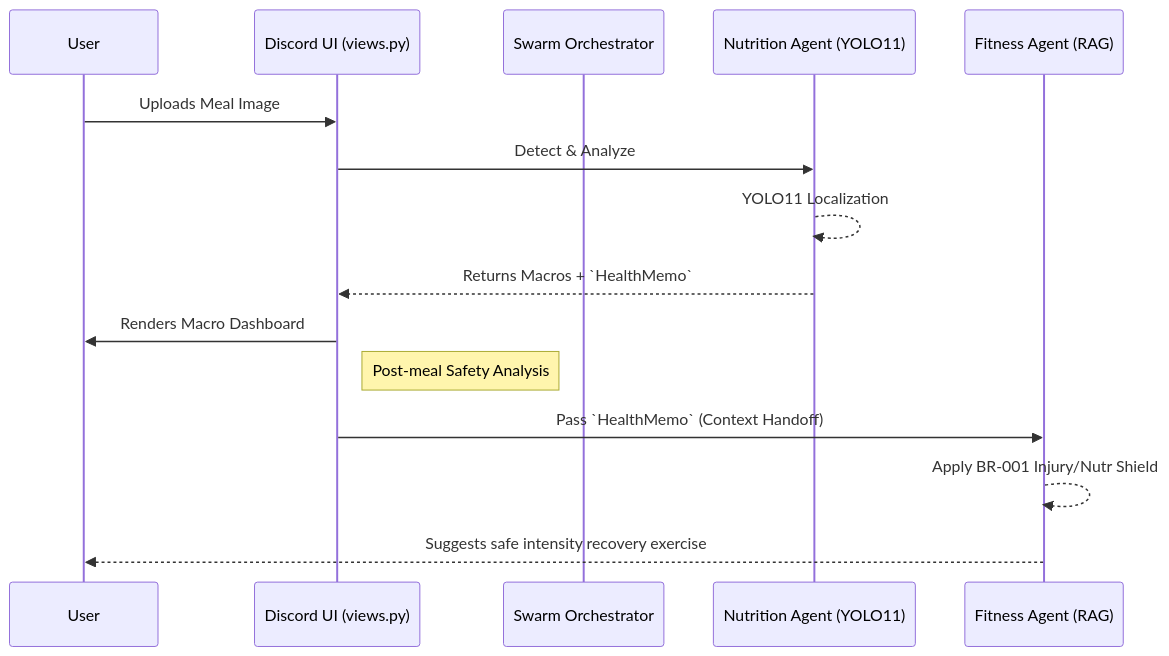
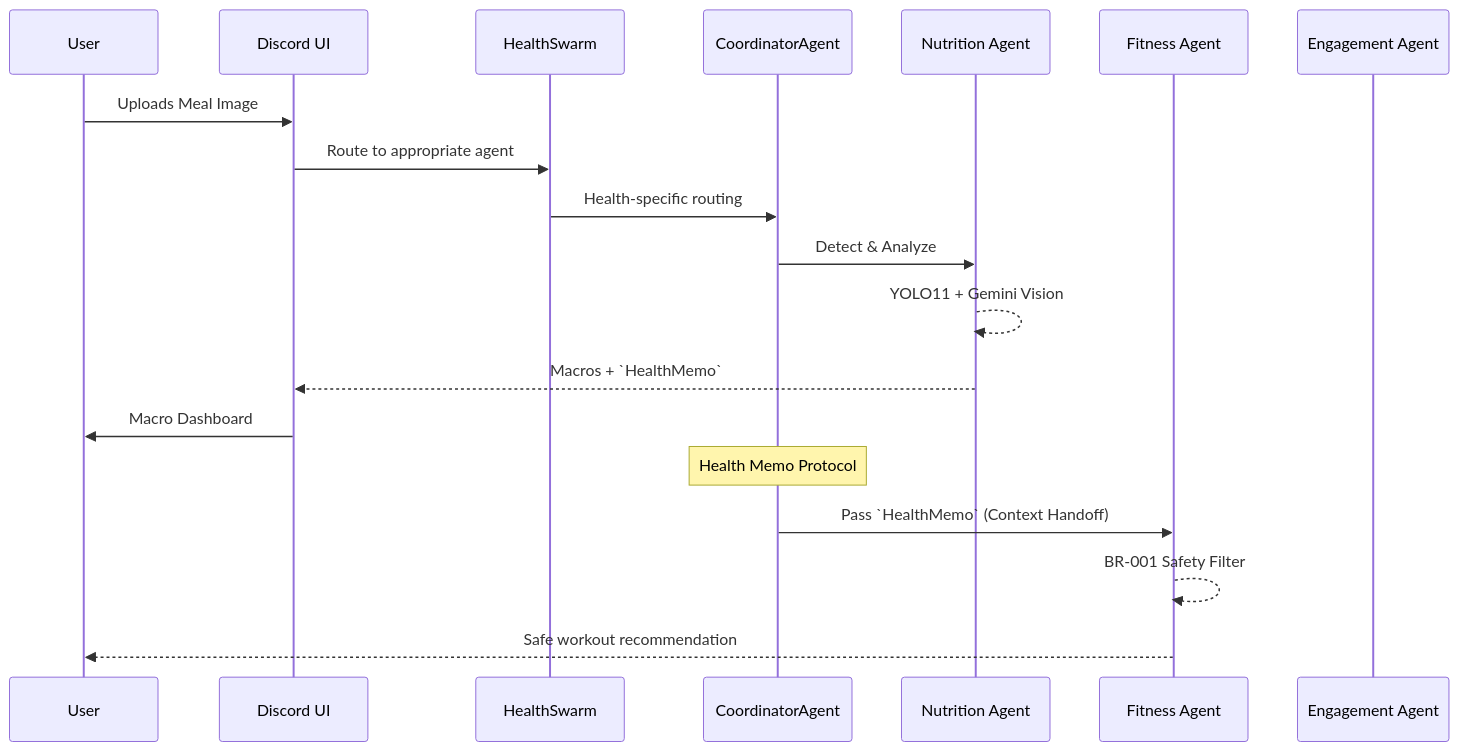
Before and after one commit to kevinhust/AIG200Capstone: the diagram in README.md, drawn with Mermaid. The commit also changed other lines of this file and 2 other files, not shown here.

Commit message:
docs: update Command Registry and architecture diagrams to match actual implementation
- README: Add missing commands (/fitness, /routine, /sync, /repcount, ping)
- README: Correct agent count (6 agents, not 3)
- README: Fix intent-based triggers to reflect actual patterns
- README: Update HealthSwarm coordination flow diagram
- diagrams.md: Update to v10.0 production architecture
- Presentation_Scripts.md: Add RepCount demo, fix agent roster, update roadmap

````diff
--- a/README.md
+++ b/README.md
@@ -54,18 +65,22 @@
 ```mermaid
 sequenceDiagram
     participant User
-    participant Discord as Discord UI (views.py)
-    participant Swarm as Swarm Orchestrator
-    participant Nutrition as Nutrition Agent (YOLO11)
-    participant Fitness as Fitness Agent (RAG)
-    
+    participant Discord as Discord UI
+    participant Swarm as HealthSwarm
+    participant Coordinator as CoordinatorAgent
+    participant Nutrition as Nutrition Agent
+    participant Fitness as Fitness Agent
+    participant Engagement as Engagement Agent
+
     User->>Discord: Uploads Meal Image
-    Discord->>Nutrition: Detect & Analyze
-    Nutrition-->>Nutrition: YOLO11 Localization
-    Nutrition-->>Discord: Returns Macros + `HealthMemo`
-    Discord->>User: Renders Macro Dashboard
-    Note right of Discord: Post-meal Safety Analysis
-    Discord->>Fitness: Pass `HealthMemo` (Context Handoff)
-    Fitness-->>Fitness: Apply BR-001 Injury/Nutr Shield
-    Fitness-->>User: Suggests safe intensity recovery exercise
+    Discord->>Swarm: Route to appropriate agent
+    Swarm->>Coordinator: Health-specific routing
+    Coordinator->>Nutrition: Detect & Analyze
+    Nutrition-->>Nutrition: YOLO11 + Gemini Vision
+    Nutrition-->>Discord: Macros + `HealthMemo`
+    Discord->>User: Macro Dashboard
+    Note over Coordinator: Health Memo Protocol
+    Coordinator->>Fitness: Pass `HealthMemo` (Context Handoff)
+    Fitness-->>Fitness: BR-001 Safety Filter
+    Fitness-->>User: Safe workout recommendation
 ```
````
